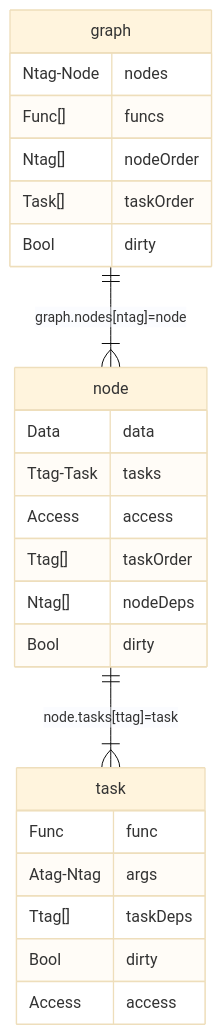
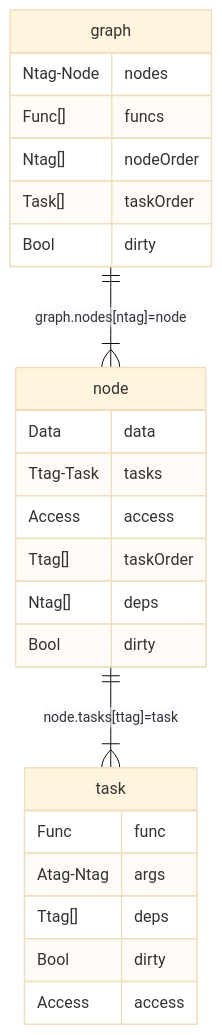
Before and after one commit to ShilianShen/SoftDep: the diagram in docs/erdiagram.lua.md, drawn with Mermaid (base theme). The commit also changed 2 other files, not shown here.

Commit message:
Refactor: update variable naming in design documentation and code to use consistent terminology for dependencies

````diff
--- a/docs/erdiagram.lua.md
+++ b/docs/erdiagram.lua.md
@@ -1,28 +1,28 @@
 ```mermaid
 erDiagram
     graph {
         Ntag-Node nodes
         Func[] funcs
         Ntag[] nodeOrder
         Task[] taskOrder
         Bool dirty
     }
     node {
         Data data
         Ttag-Task tasks
         Access access
         Ttag[] taskOrder
-        Ntag[] nodeDeps
+        Ntag[] deps
         Bool dirty
     }
     task {
         Func func
         Atag-Ntag args
-        Ttag[] taskDeps
+        Ttag[] deps
         Bool dirty
         Access access
     }
 
     graph ||--|{ node : "graph.nodes[ntag]=node"
     node ||--|{ task : "node.tasks[ttag]=task"
 ```
````
